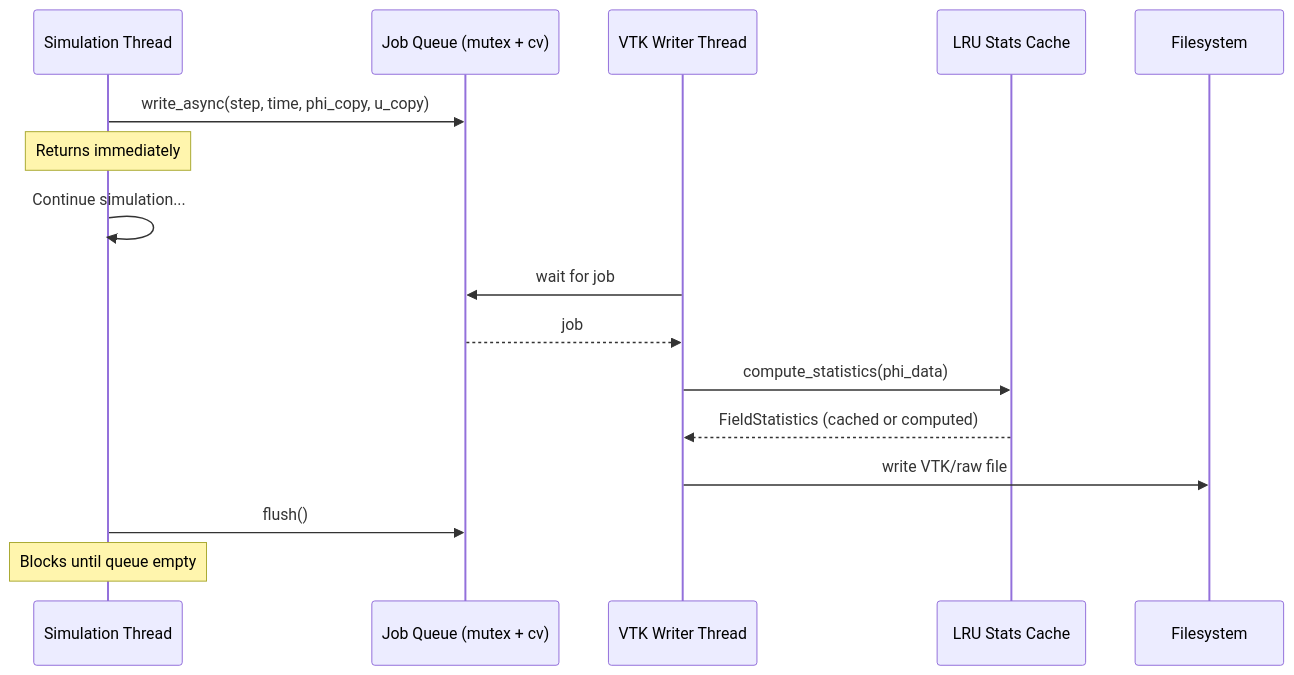
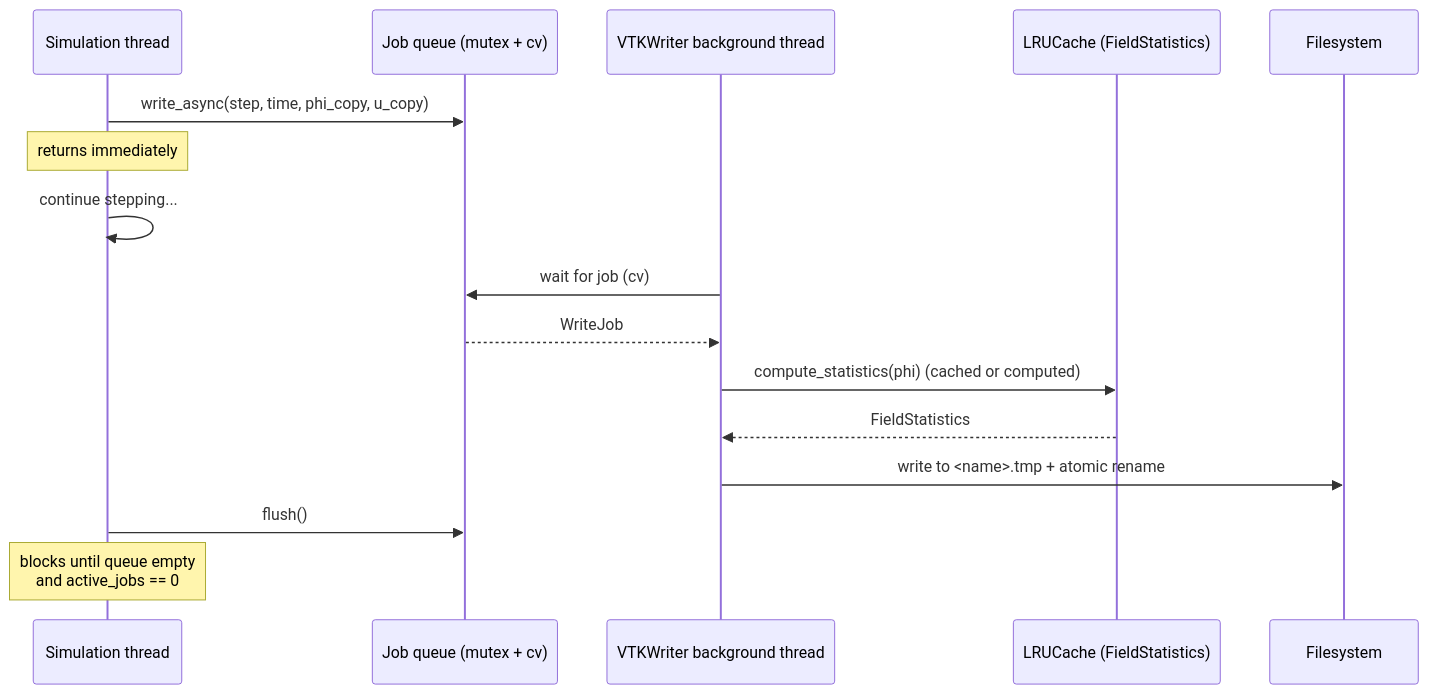
The seventh of 9 diagrams in docs/ARCHITECTURE.md (myousefi2016/Allen-Cahn-CUDA), drawn with Mermaid before and after one commit. The commit also changed other lines of this file and 3 other files, not shown here.

First line of the commit message:
Documentation: rewrite README, ARCHITECTURE, DESIGN, THEORY for full code parity

````diff
--- a/docs/ARCHITECTURE.md
+++ b/docs/ARCHITECTURE.md
@@ -246,22 +333,19 @@
 ```mermaid
 sequenceDiagram
-    participant Sim as Simulation Thread
-    participant Queue as Job Queue (mutex + cv)
-    participant BG as VTK Writer Thread
-    participant Cache as LRU Stats Cache
-    participant Disk as Filesystem
+    participant Sim as Simulation thread
+    participant Q   as Job queue (mutex + cv)
+    participant BG  as VTKWriter background thread
+    participant LRU as LRUCache (FieldStatistics)
+    participant FS  as Filesystem
 
-    Sim->>Queue: write_async(step, time, phi_copy, u_copy)
-    Note over Sim: Returns immediately
-
-    Sim->>Sim: Continue simulation...
-
-    BG->>Queue: wait for job
-    Queue-->>BG: job
-    BG->>Cache: compute_statistics(phi_data)
-    Cache-->>BG: FieldStatistics (cached or computed)
-    BG->>Disk: write VTK/raw file
-
-    Sim->>Queue: flush()
-    Note over Sim: Blocks until queue empty
+    Sim->>Q: write_async(step, time, phi_copy, u_copy)
+    Note over Sim: returns immediately
+    Sim->>Sim: continue stepping...
+    BG->>Q: wait for job (cv)
+    Q-->>BG: WriteJob
+    BG->>LRU: compute_statistics(phi)  (cached or computed)
+    LRU-->>BG: FieldStatistics
+    BG->>FS: write to <name>.tmp + atomic rename
+    Sim->>Q: flush()
+    Note over Sim: blocks until queue empty<br/>and active_jobs == 0
 ```
````
